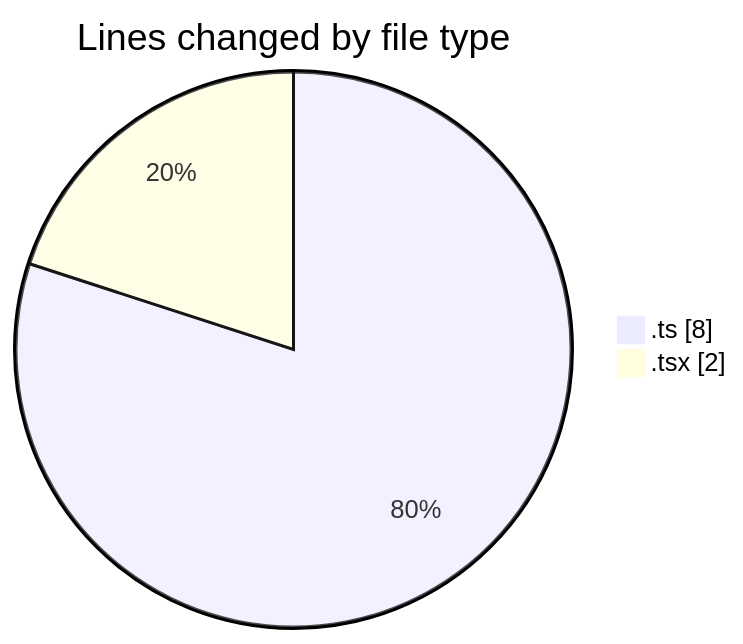
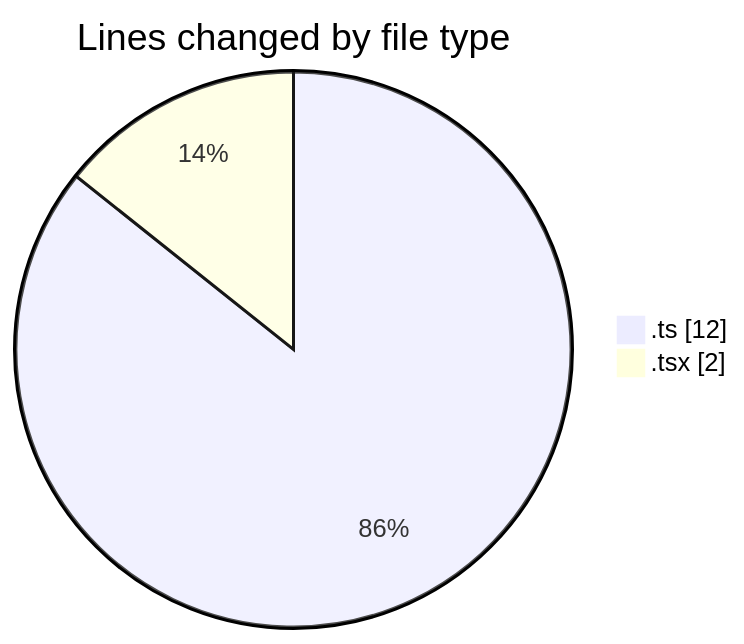
Before and after one commit to julien-gomy/code-tracking: the first of 2 diagrams in 2025-11-09/eventscop-frontend-guide__workspace_/README.md, drawn with Mermaid. The commit also changed other lines of this file and 1 other file, not shown here.

````diff
--- a/2025-11-09/eventscop-frontend-guide__workspace_/README.md
+++ b/2025-11-09/eventscop-frontend-guide__workspace_/README.md
@@ -22,6 +22,6 @@
 ```mermaid
 pie showData
 title Lines changed by file type
-".ts" : 8
+".ts" : 12
 ".tsx" : 2
 ```
````
